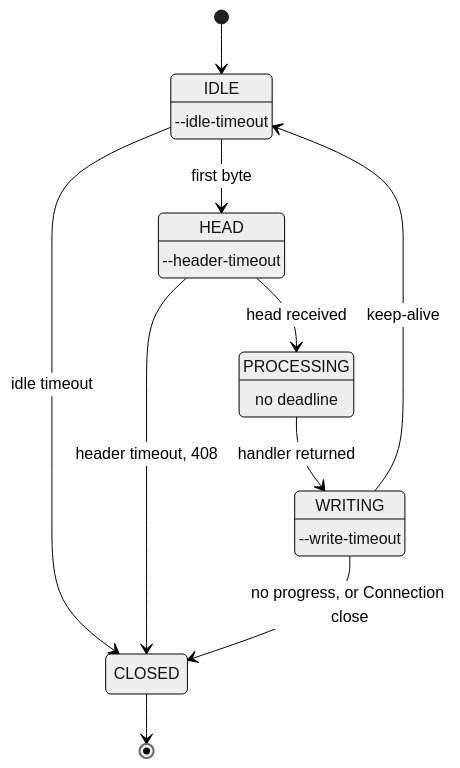
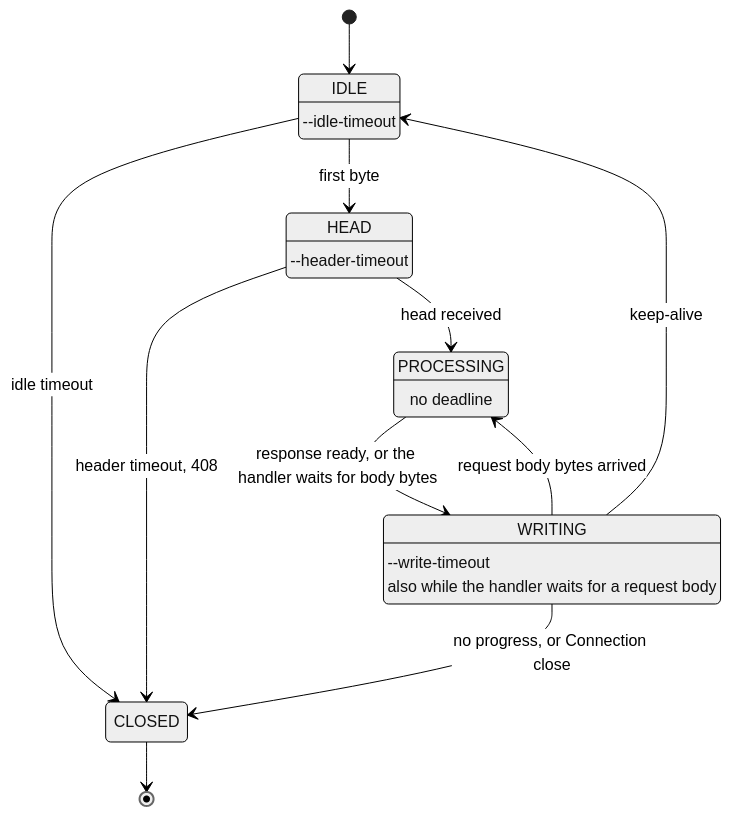
The first of 2 diagrams in docs/user/http1.md (BlivionIaG/sjws_nettask), drawn with Mermaid (neutral theme) before and after one commit. The commit also changed 14 other files, not shown here.

````diff
--- a/docs/user/http1.md
+++ b/docs/user/http1.md
@@ -23,20 +23,22 @@
 ```mermaid
 stateDiagram-v2
     [*] --> IDLE
     IDLE --> HEAD: first byte
     HEAD --> PROCESSING: head received
-    PROCESSING --> WRITING: handler returned
+    PROCESSING --> WRITING: response ready, or the handler waits for body bytes
+    WRITING --> PROCESSING: request body bytes arrived
     WRITING --> IDLE: keep-alive
     IDLE --> CLOSED: idle timeout
     HEAD --> CLOSED: header timeout, 408
     WRITING --> CLOSED: no progress, or Connection close
     CLOSED --> [*]
     IDLE : IDLE
     IDLE : --idle-timeout
     HEAD : HEAD
     HEAD : --header-timeout
     PROCESSING : PROCESSING
     PROCESSING : no deadline
     WRITING : WRITING
     WRITING : --write-timeout
+    WRITING : also while the handler waits for a request body
 ```
````
